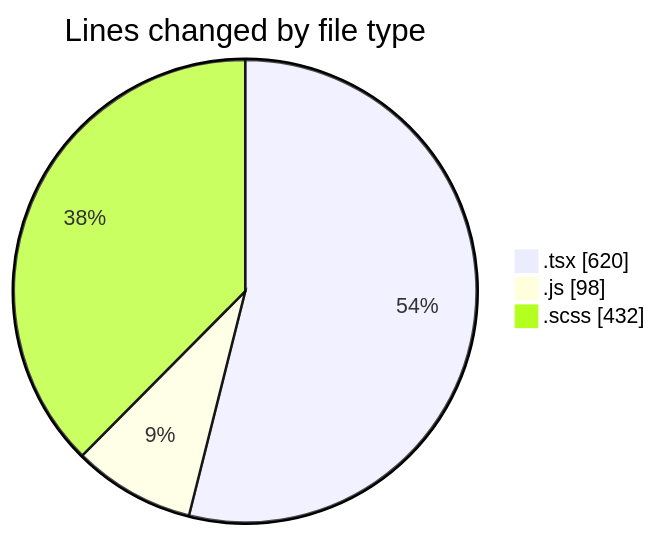
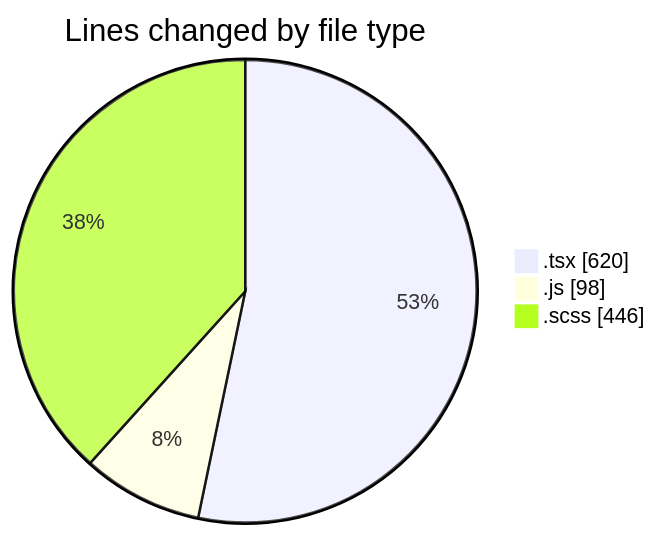
The first of 2 diagrams in 2025-03-31/cda/README.md (momahboobian/code-tracking), drawn with Mermaid before and after one commit. The commit also changed other lines of this file and 1 other file, not shown here.

````diff
--- a/2025-03-31/cda/README.md
+++ b/2025-03-31/cda/README.md
@@ -27,7 +27,7 @@
 ```mermaid
 pie showData
 title Lines changed by file type
 ".tsx" : 620
 ".js" : 98
-".scss" : 432
+".scss" : 446
 ```
````
